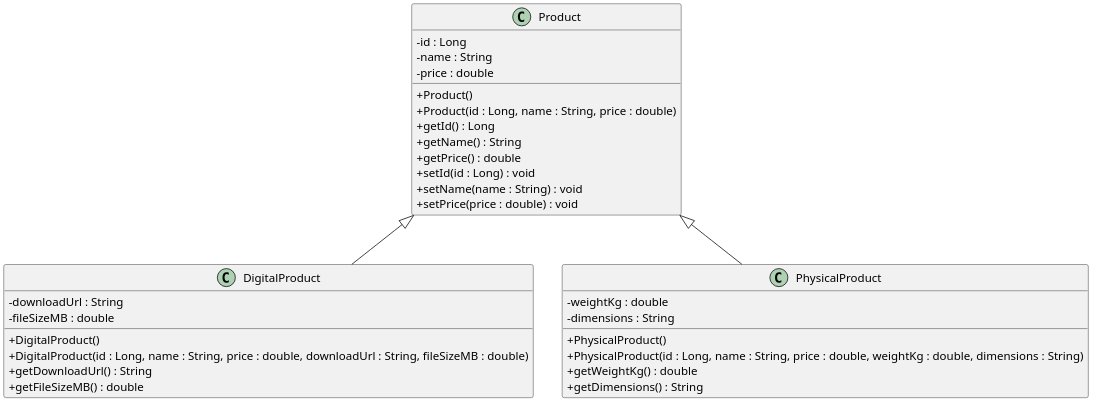
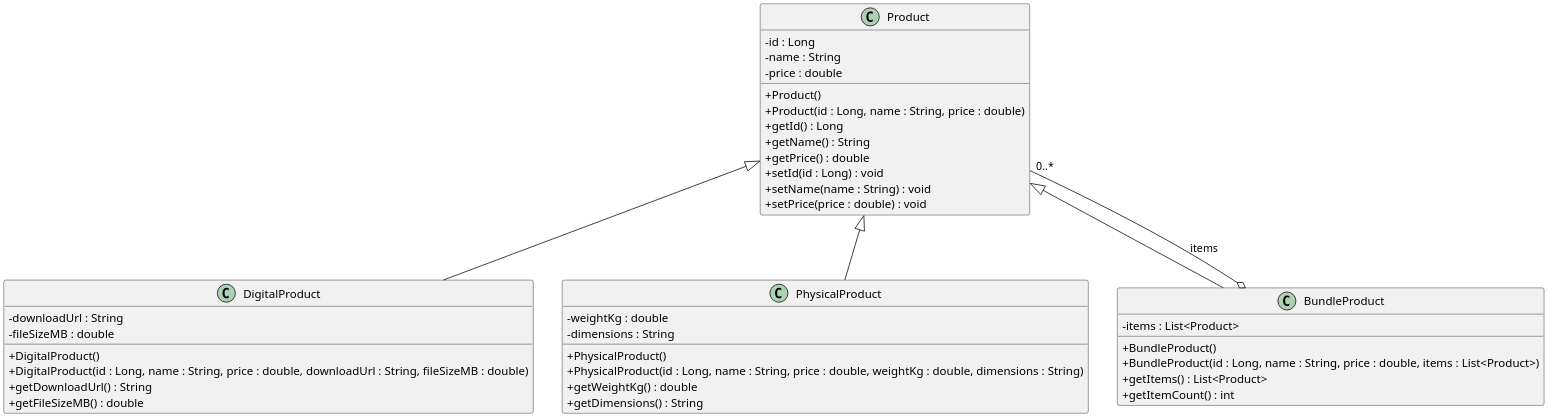
One commit to ASHENDRA2004/products-api changed the diagram in docs/uml/product-hierarchy.puml. Above: the diagram before and after it, drawn with PlantUML. The commit also changed 4 other files, not shown here.

Commit message:
Tutorial 4: stretch — BundleProduct and the IS-A question

```diff
--- a/docs/uml/product-hierarchy.puml
+++ b/docs/uml/product-hierarchy.puml
@@ -1,44 +1,56 @@
 @startuml
 
 ' show - and + as text instead of icons
 skinparam classAttributeIconSize 0
 scale 2
 
 class Product {
   - id : Long
   - name : String
   - price : double
   + Product()
   + Product(id : Long, name : String, price : double)
   + getId() : Long
   + getName() : String
   + getPrice() : double
   + setId(id : Long) : void
   + setName(name : String) : void
   + setPrice(price : double) : void
 }
 
 class DigitalProduct {
   - downloadUrl : String
   - fileSizeMB : double
   + DigitalProduct()
   + DigitalProduct(id : Long, name : String, price : double, downloadUrl : String, fileSizeMB : double)
   + getDownloadUrl() : String
   + getFileSizeMB() : double
 }
 
 class PhysicalProduct {
   - weightKg : double
   - dimensions : String
   + PhysicalProduct()
   + PhysicalProduct(id : Long, name : String, price : double, weightKg : double, dimensions : String)
   + getWeightKg() : double
   + getDimensions() : String
 }
 
+class BundleProduct {
+  - items : List<Product>
+  + BundleProduct()
+  + BundleProduct(id : Long, name : String, price : double, items : List<Product>)
+  + getItems() : List<Product>
+  + getItemCount() : int
+}
+
 ' <|-- is the inheritance arrow. The PARENT goes on the left,
 ' so the hollow triangle touches Product.
 Product <|-- DigitalProduct
 Product <|-- PhysicalProduct
+Product <|-- BundleProduct
+
+' Stretch: a bundle also HAS-A list of products (composition / aggregation)
+BundleProduct o-- "0..*" Product : items
 
 @enduml
```
